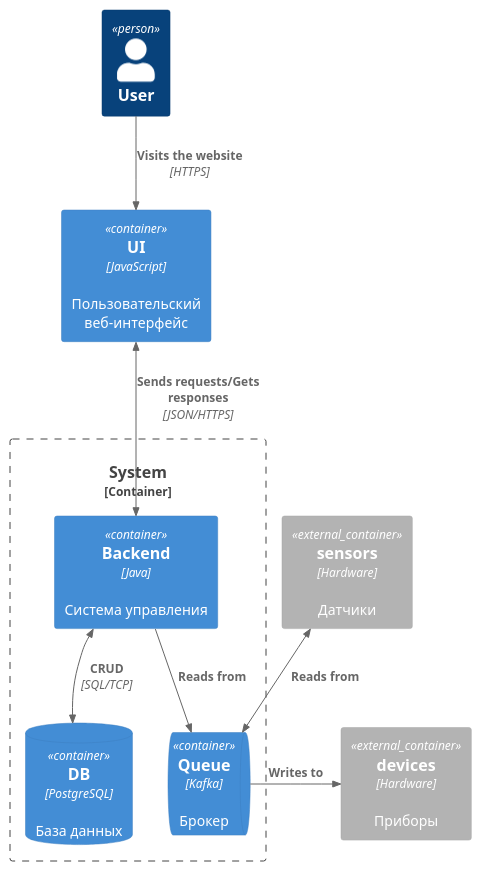
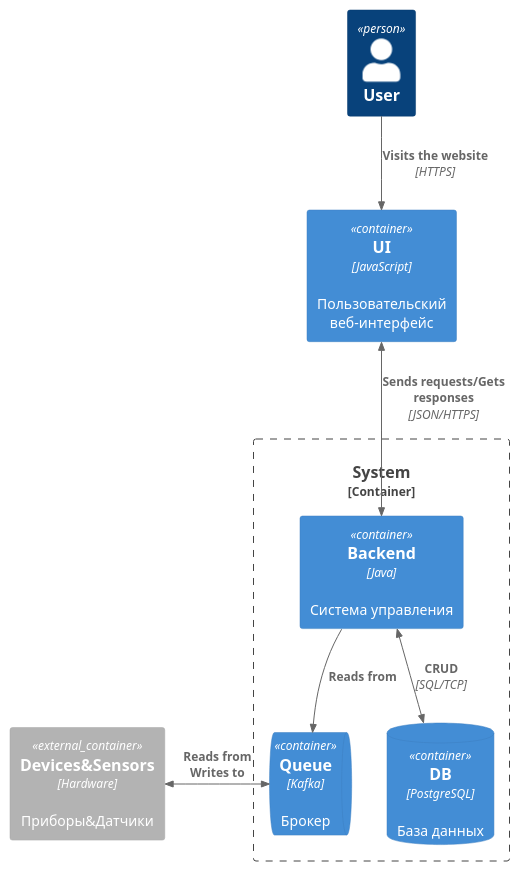
The diagram in container.puml (kvrasuli/architecture-sprint-3), drawn with PlantUML before and after one commit.

Commit message:
Update diagram

```diff
--- a/container.puml
+++ b/container.puml
@@ -1,21 +1,19 @@
 @startuml C4_Elements
 !include https://raw.githubusercontent.com/plantuml-stdlib/C4-PlantUML/master/C4_Container.puml
 
 Person(personAlias, "User")
 Container(ui, "UI", "JavaScript", "Пользовательский веб-интерфейс")
 Container_Boundary(system, 'System') {
     Container(backend, "Backend", "Java", "Система управления")
     ContainerDb(db, "DB", "PostgreSQL", "База данных")
     ContainerQueue(queue, "Queue", "Kafka", "Брокер")
 }
-Container_Ext(devices, "devices", "Hardware", "Приборы")
-Container_Ext(sensors, "sensors", "Hardware", "Датчики")
+Container_Ext(devices_sensors, "Devices&Sensors", "Hardware", "Приборы&Датчики")
 
 Rel(personAlias, ui, "Visits the website", "HTTPS")
 BiRel(ui, backend, "Sends requests/Gets responses", "JSON/HTTPS")
+Rel(backend, queue, "Reads from", "")
 BiRel(backend, db, "CRUD", "SQL/TCP")
-Rel_R(queue, devices, "Writes to", "")
-BiRel(sensors, queue, "Reads from", "")
-Rel(backend, queue, "Reads from", "")
+BiRel_R(devices_sensors, queue, "Reads from\nWrites to", "")
 
 @enduml
```
